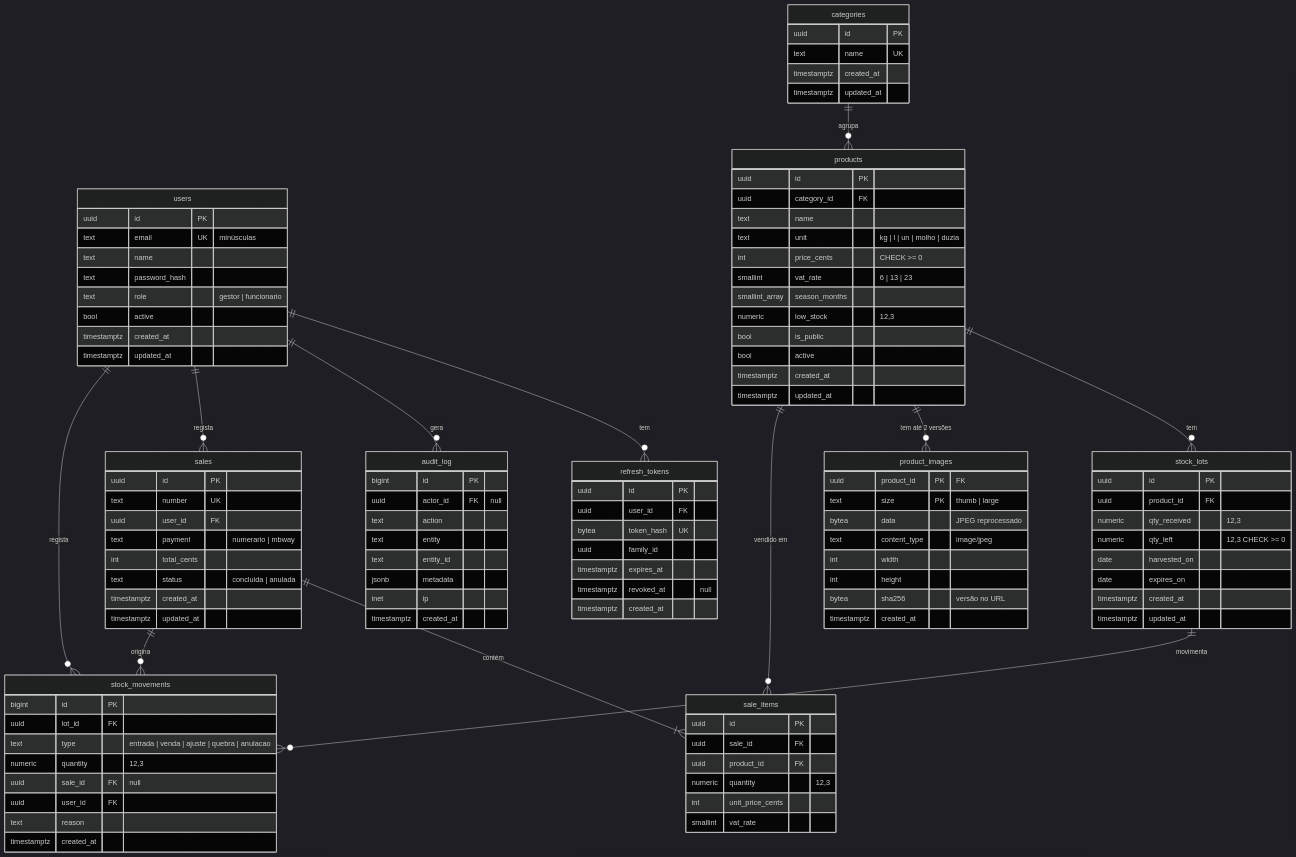
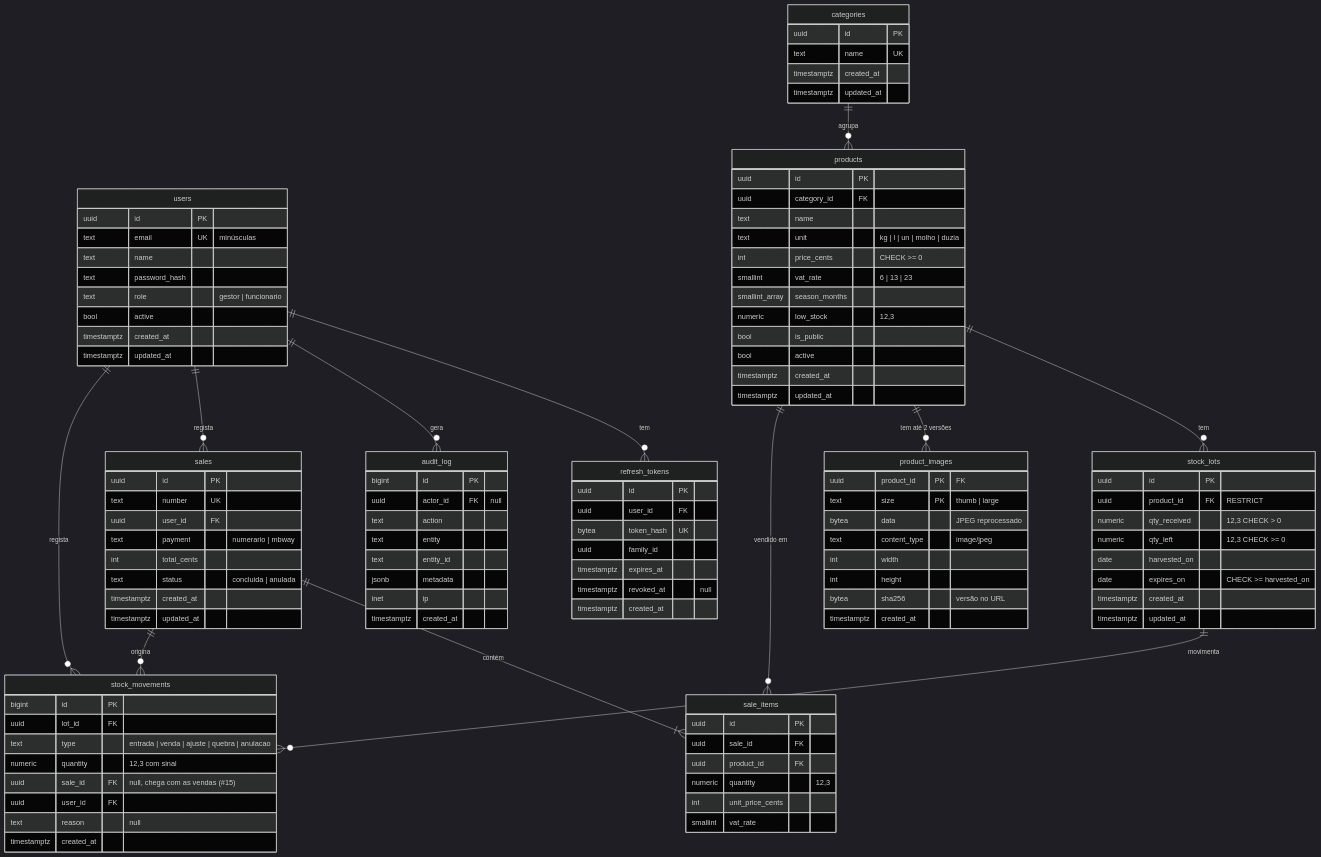
One commit to VascoDuart/loja-da-quinta changed the diagram in docs/architecture/data-model.md. Above: the diagram before and after it, drawn with Mermaid (dark theme). The commit also changed other lines of this file and 6 other files, not shown here.

````diff
--- a/docs/architecture/data-model.md
+++ b/docs/architecture/data-model.md
@@ -75,11 +75,11 @@
     }
     stock_lots {
         uuid id PK
-        uuid product_id FK
-        numeric qty_received "12,3"
+        uuid product_id FK "RESTRICT"
+        numeric qty_received "12,3 CHECK > 0"
         numeric qty_left "12,3 CHECK >= 0"
         date harvested_on
-        date expires_on
+        date expires_on "CHECK >= harvested_on"
         timestamptz created_at
         timestamptz updated_at
     }
@@ -105,10 +105,10 @@
         bigint id PK
         uuid lot_id FK
         text type "entrada | venda | ajuste | quebra | anulacao"
-        numeric quantity "12,3"
-        uuid sale_id FK "null"
+        numeric quantity "12,3 com sinal"
+        uuid sale_id FK "null, chega com as vendas (#15)"
         uuid user_id FK
-        text reason
+        text reason "null"
         timestamptz created_at
     }
 ```
````
